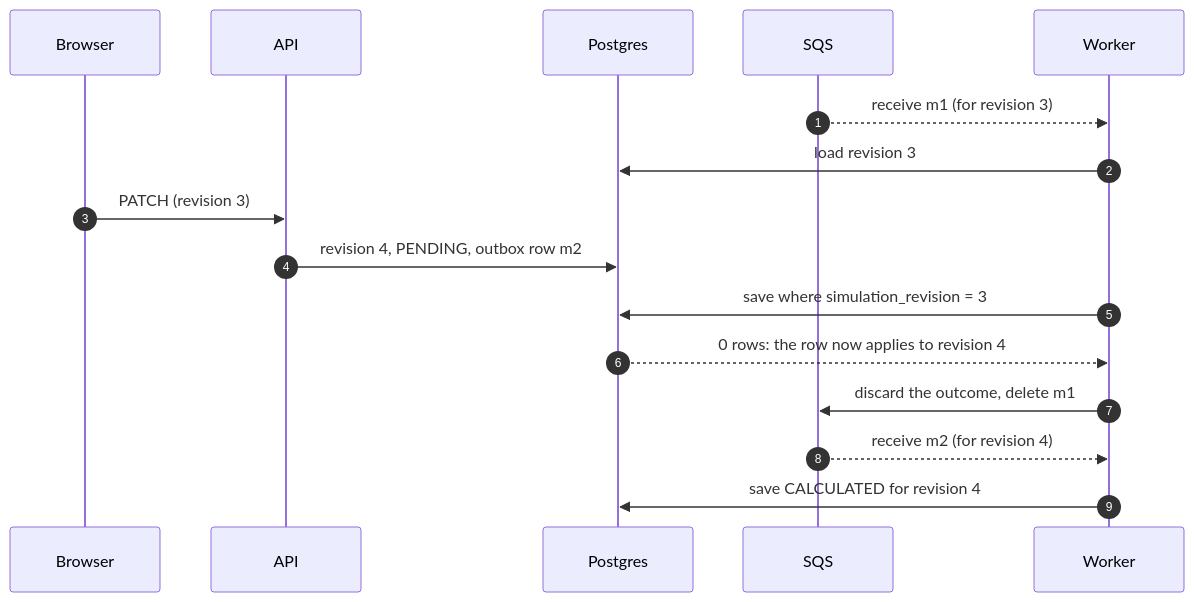
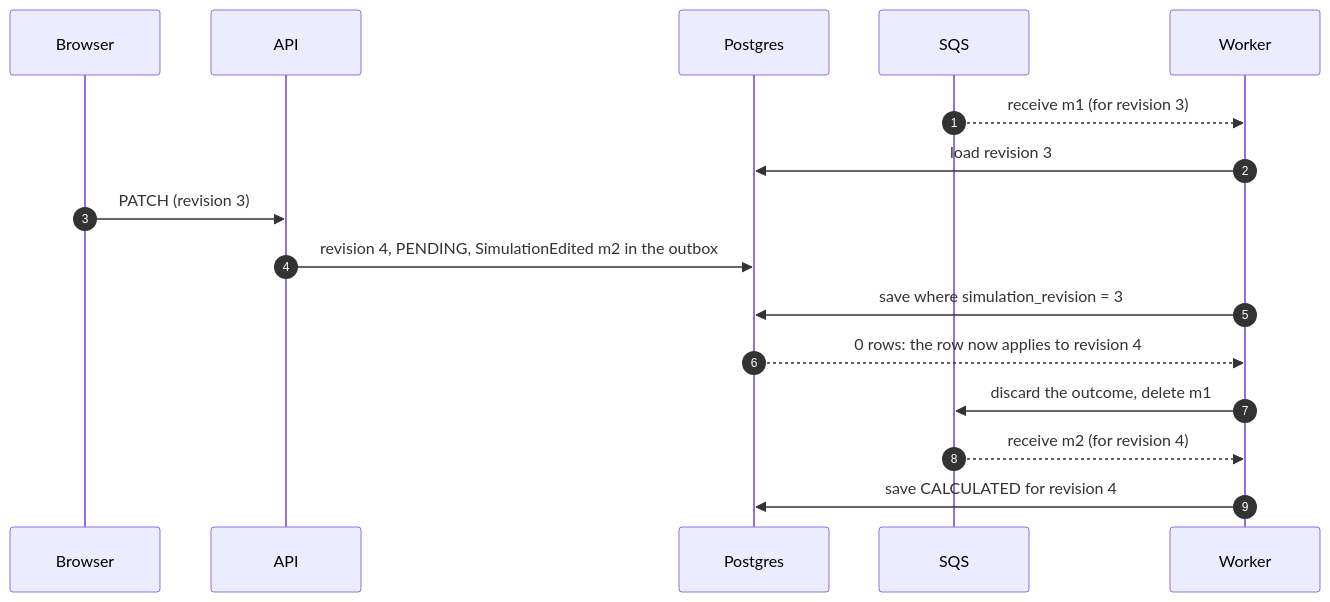
The sixth of 9 diagrams in docs/architecture/event-flow.md (Diogo-NB/investflow), drawn with Mermaid before and after one commit. The commit also changed other lines of this file and 84 other files, not shown here.

````diff
--- a/docs/architecture/event-flow.md
+++ b/docs/architecture/event-flow.md
@@ -205,19 +204,19 @@
 ```mermaid
 sequenceDiagram
   autonumber
   participant B as Browser
   participant A as API
   participant DB as Postgres
   participant Q as SQS
   participant W as Worker
 
   Q-->>W: receive m1 (for revision 3)
   W->>DB: load revision 3
   B->>A: PATCH (revision 3)
-  A->>DB: revision 4, PENDING, outbox row m2
+  A->>DB: revision 4, PENDING, SimulationEdited m2 in the outbox
   W->>DB: save where simulation_revision = 3
   DB-->>W: 0 rows: the row now applies to revision 4
   W->>Q: discard the outcome, delete m1
   Q-->>W: receive m2 (for revision 4)
   W->>DB: save CALCULATED for revision 4
 ```
````
